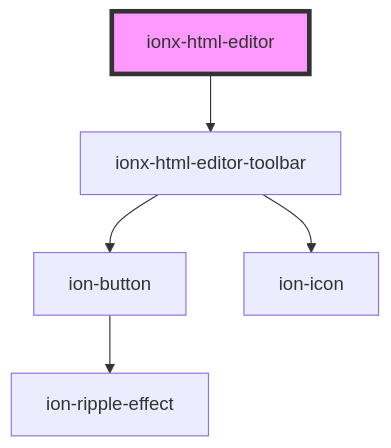
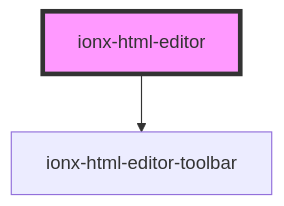
Before and after one commit to co-mmons/ionx: the diagram in modules/HtmlEditor/src/readme.md, drawn with Mermaid. The commit also changed 99 other files, not shown here.

````diff
--- a/modules/HtmlEditor/src/readme.md
+++ b/modules/HtmlEditor/src/readme.md
@@ -81,8 +81,5 @@
 ```mermaid
 graph TD;
   ionx-html-editor --> ionx-html-editor-toolbar
-  ionx-html-editor-toolbar --> ion-button
-  ionx-html-editor-toolbar --> ion-icon
-  ion-button --> ion-ripple-effect
   style ionx-html-editor fill:#f9f,stroke:#333,stroke-width:4px
 ```
````
